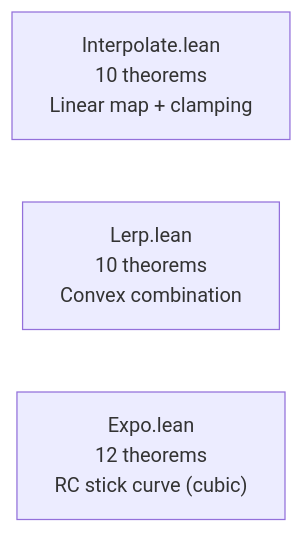
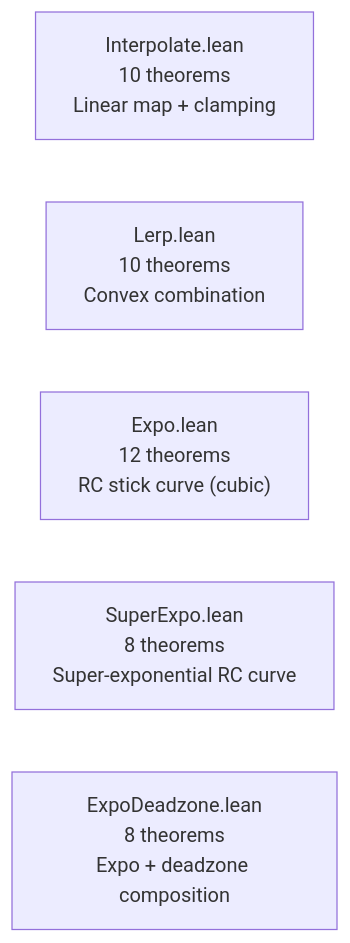
One commit to dsyme/PX4-Autopilot changed the fifth of 12 diagrams in formal-verification/REPORT.md. Above: the diagram before and after it, drawn with Mermaid. The commit also changed other lines of this file and 3 other files, not shown here.

First line of the commit message:
feat(fv): add ExpoDeadzone Lean spec + update REPORT.md (run34)

````diff
--- a/formal-verification/REPORT.md
+++ b/formal-verification/REPORT.md
@@ -94,6 +102,8 @@
 ```mermaid
 graph LR
     IN["Interpolate.lean<br/>10 theorems<br/>Linear map + clamping"]
     LR["Lerp.lean<br/>10 theorems<br/>Convex combination"]
     EX["Expo.lean<br/>12 theorems<br/>RC stick curve (cubic)"]
+    SE["SuperExpo.lean<br/>8 theorems<br/>Super-exponential RC curve"]
+    ED["ExpoDeadzone.lean<br/>8 theorems<br/>Expo + deadzone composition"]
 ```
````
